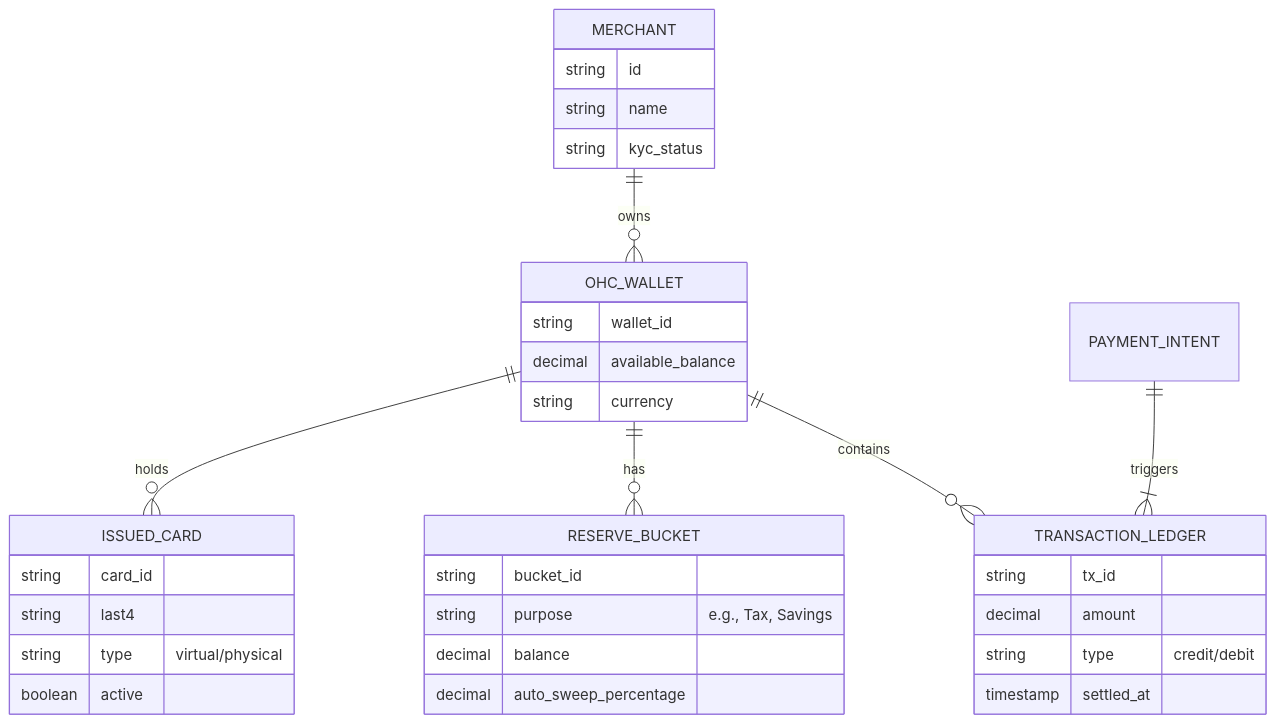
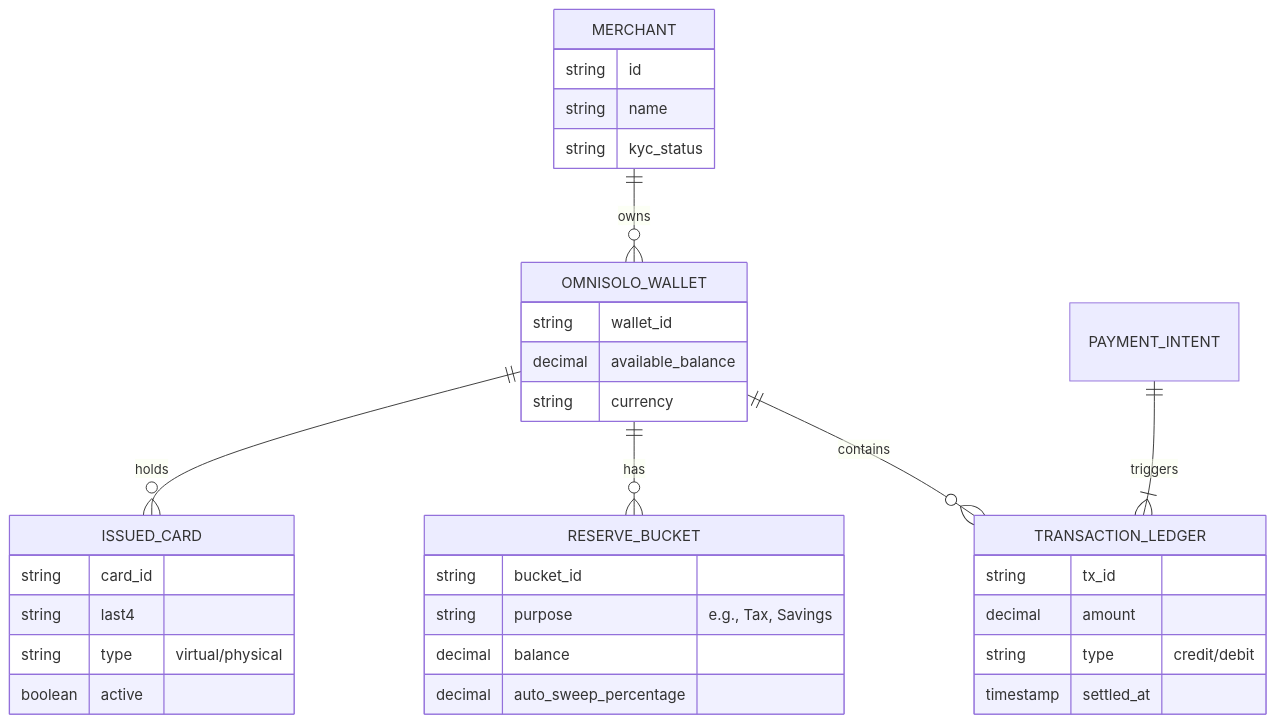
One commit to omnisolo-llc/onehumancorp changed the first of 2 diagrams in docs/research/[architecture]_autonomous_treasury_and_instant_payout_wallet.md. Above: the diagram before and after it, drawn with Mermaid. The commit also changed other lines of this file and 2191 other files, not shown here.

````diff
--- a/docs/research/[architecture]_autonomous_treasury_and_instant_payout_wallet.md
+++ b/docs/research/[architecture]_autonomous_treasury_and_instant_payout_wallet.md
@@ -21,37 +21,37 @@
 ```mermaid
 erDiagram
-    MERCHANT ||--o{ OHC_WALLET : owns
-    OHC_WALLET ||--o{ TRANSACTION_LEDGER : contains
-    OHC_WALLET ||--o{ RESERVE_BUCKET : has
-    OHC_WALLET ||--o{ ISSUED_CARD : holds
+    MERCHANT ||--o{ OMNISOLO_WALLET : owns
+    OMNISOLO_WALLET ||--o{ TRANSACTION_LEDGER : contains
+    OMNISOLO_WALLET ||--o{ RESERVE_BUCKET : has
+    OMNISOLO_WALLET ||--o{ ISSUED_CARD : holds
     PAYMENT_INTENT ||--|{ TRANSACTION_LEDGER : triggers
 
     MERCHANT {
         string id
         string name
         string kyc_status
     }
-    OHC_WALLET {
+    OMNISOLO_WALLET {
         string wallet_id
         decimal available_balance
         string currency
     }
     RESERVE_BUCKET {
         string bucket_id
         string purpose "e.g., Tax, Savings"
         decimal balance
         decimal auto_sweep_percentage
     }
     TRANSACTION_LEDGER {
         string tx_id
         decimal amount
         string type "credit/debit"
         timestamp settled_at
     }
     ISSUED_CARD {
         string card_id
         string last4
         string type "virtual/physical"
         boolean active
     }
 ```
````
